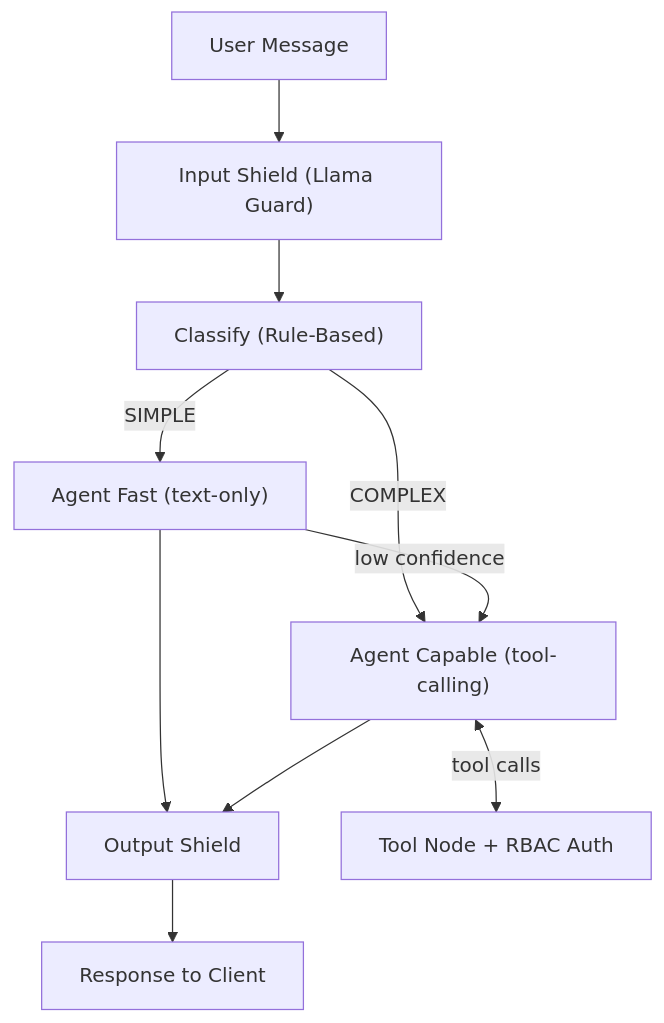
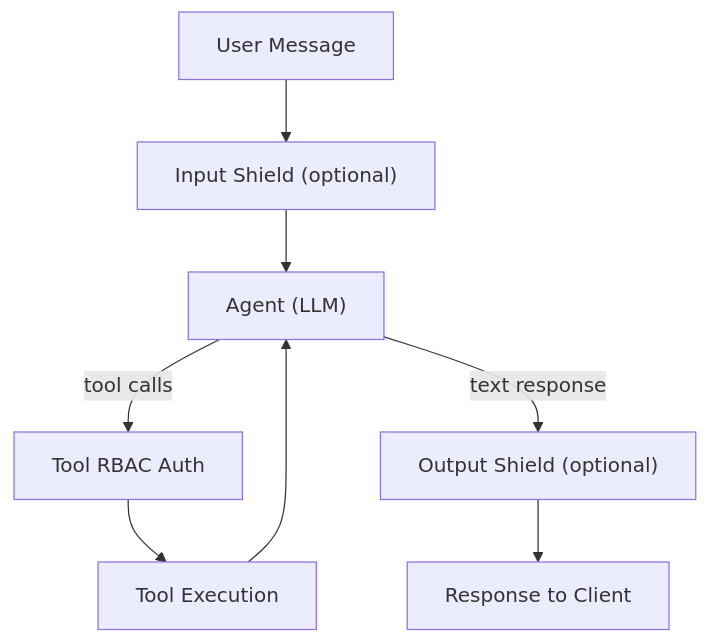
One commit to rh-ai-quickstart/multi-agent-loan-origination changed the second of 2 diagrams in README.md. Above: the diagram before and after it, drawn with Mermaid. The commit also changed other lines of this file and 2 other files, not shown here.

Commit message:
docs: update agent flow to single model chain, add vision model
The SIMPLE/COMPLEX routing with fast and capable model tiers was removed
from the codebase. All agents now use a single LLM with an optional
vision model for document image extraction. Updated diagrams and prose
across README, architecture docs, and index to reflect the current
graph structure.

````diff
--- a/README.md
+++ b/README.md
@@ -90,12 +90,10 @@
 ```mermaid
 graph TD
-    Input["User Message"] --> Shield1["Input Shield (Llama Guard)"]
-    Shield1 --> Classify["Classify (Rule-Based)"]
-    Classify -->|SIMPLE| Fast["Agent Fast (text-only)"]
-    Classify -->|COMPLEX| Capable["Agent Capable (tool-calling)"]
-    Fast -->|low confidence| Capable
-    Fast --> Shield2["Output Shield"]
-    Capable <-->|tool calls| Tools["Tool Node + RBAC Auth"]
-    Capable --> Shield2
+    Input["User Message"] --> Shield1["Input Shield (optional)"]
+    Shield1 --> Agent["Agent (LLM)"]
+    Agent -->|tool calls| Auth["Tool RBAC Auth"]
+    Auth --> Tools["Tool Execution"]
+    Tools --> Agent
+    Agent -->|text response| Shield2["Output Shield (optional)"]
     Shield2 --> Output["Response to Client"]
 ```
````
